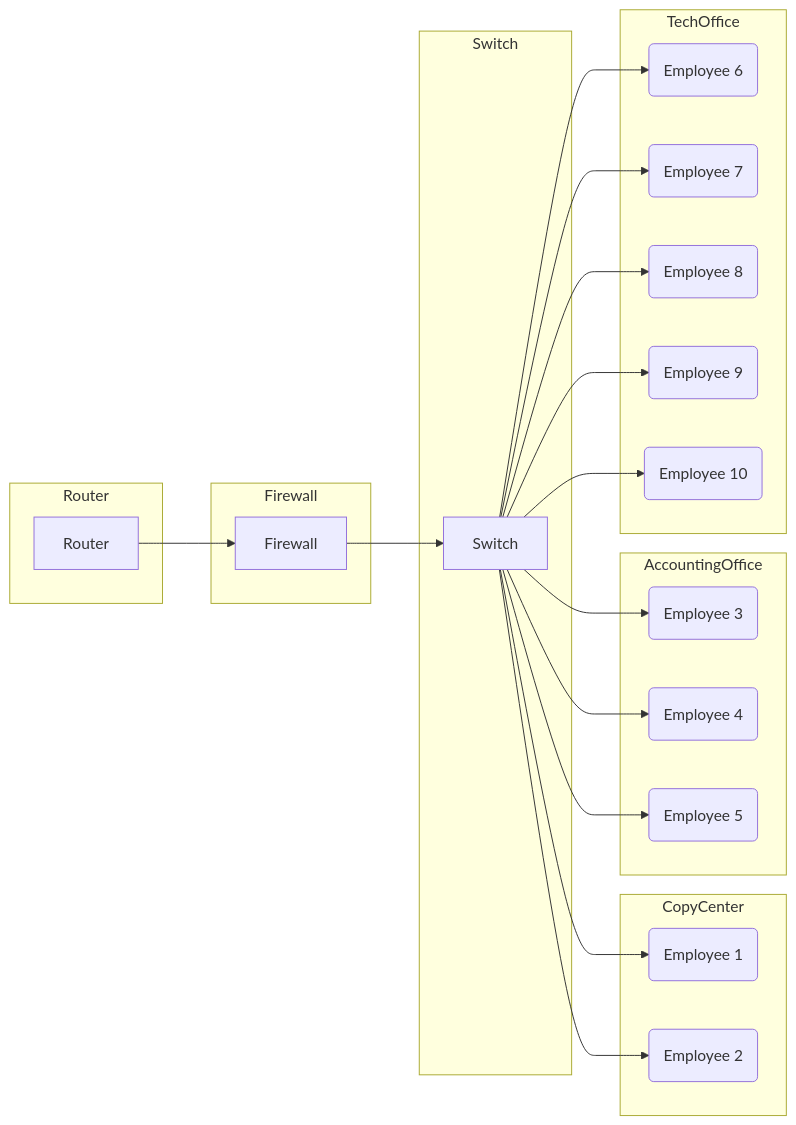
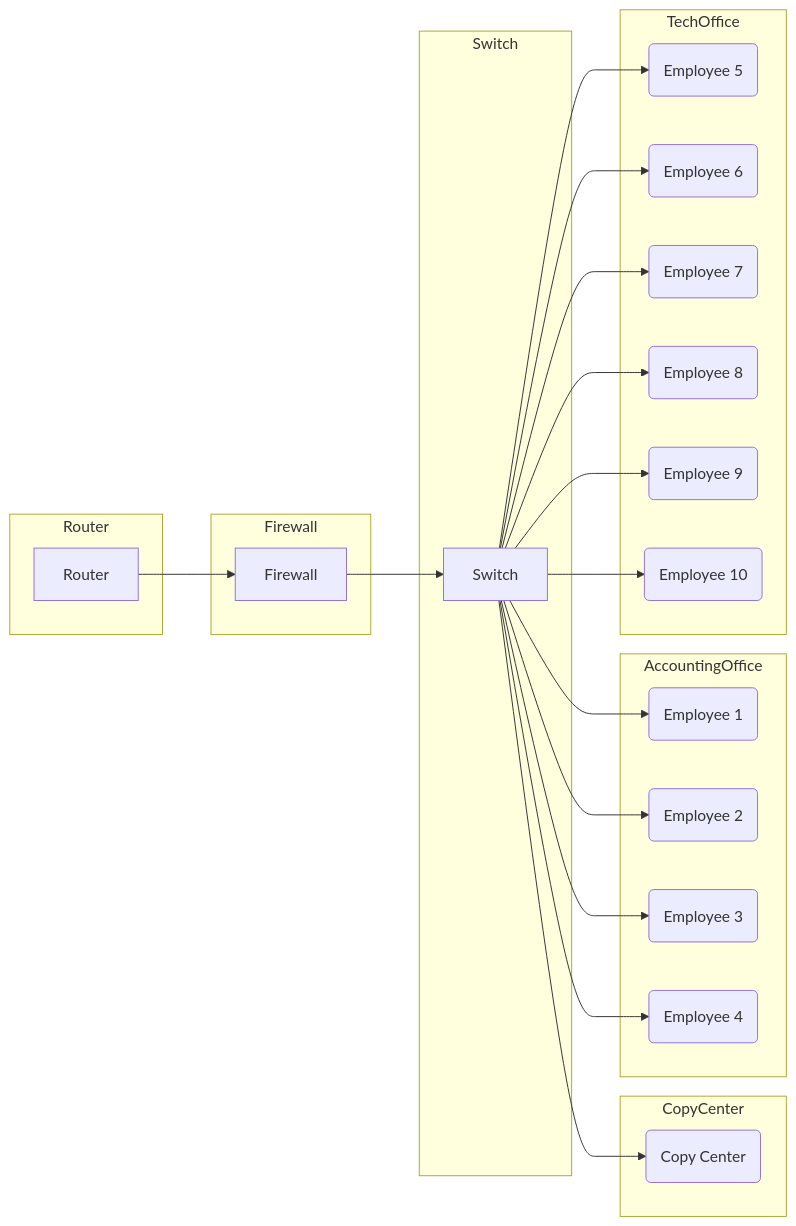
The diagram in network_diagram.mmd (gabe91/Inflation), drawn with Mermaid before and after one commit. The commit also changed other lines of this file, not shown here.

```diff
--- a/network_diagram.mmd
+++ b/network_diagram.mmd
@@ -1,44 +1,46 @@
 graph LR
     subgraph Router
         r[Router]
     end
 
     subgraph Firewall
         f[Firewall]
     end
 
     subgraph Switch
         sw[Switch]
     end
     
     subgraph CopyCenter
-        cc1(Employee 1)
-        cc2(Employee 2)
+        cc(Copy Center)
     end
 
     subgraph AccountingOffice
-        ao1(Employee 3)
-        ao2(Employee 4)
-        ao3(Employee 5)
+        ao1(Employee 1)
+        ao2(Employee 2)
+        ao3(Employee 3)
+        ao4(Employee 4)
     end
 
     subgraph TechOffice
-        to1(Employee 6)
-        to2(Employee 7)
-        to3(Employee 8)
-        to4(Employee 9)
-        to5(Employee 10)
+        to1(Employee 5)
+        to2(Employee 6)
+        to3(Employee 7)
+        to4(Employee 8)
+        to5(Employee 9)
+        to6(Employee 10)
     end
 
     r --> f
     f --> sw
-    sw --> cc1
-    sw --> cc2
+    sw --> cc
     sw --> ao1
     sw --> ao2
     sw --> ao3
+    sw --> ao4
     sw --> to1
     sw --> to2
     sw --> to3
     sw --> to4
     sw --> to5
+    sw --> to6
```
